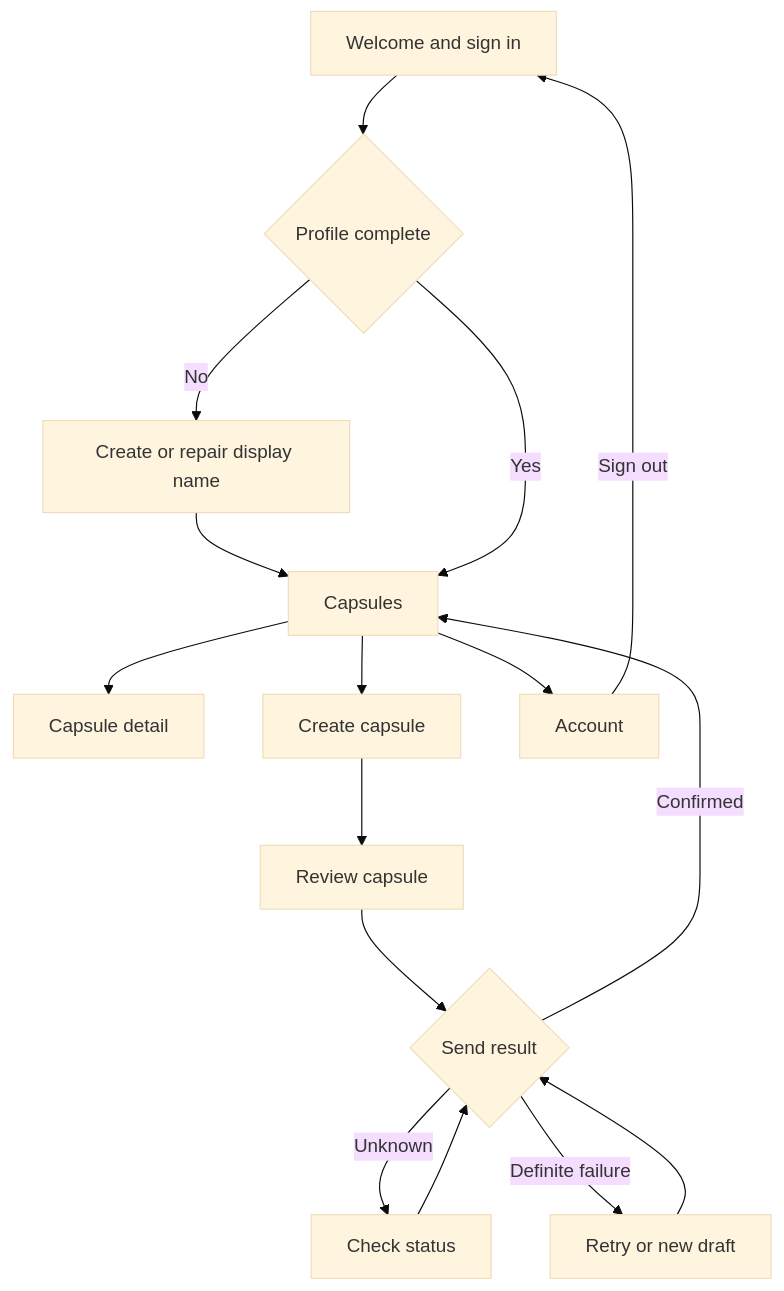
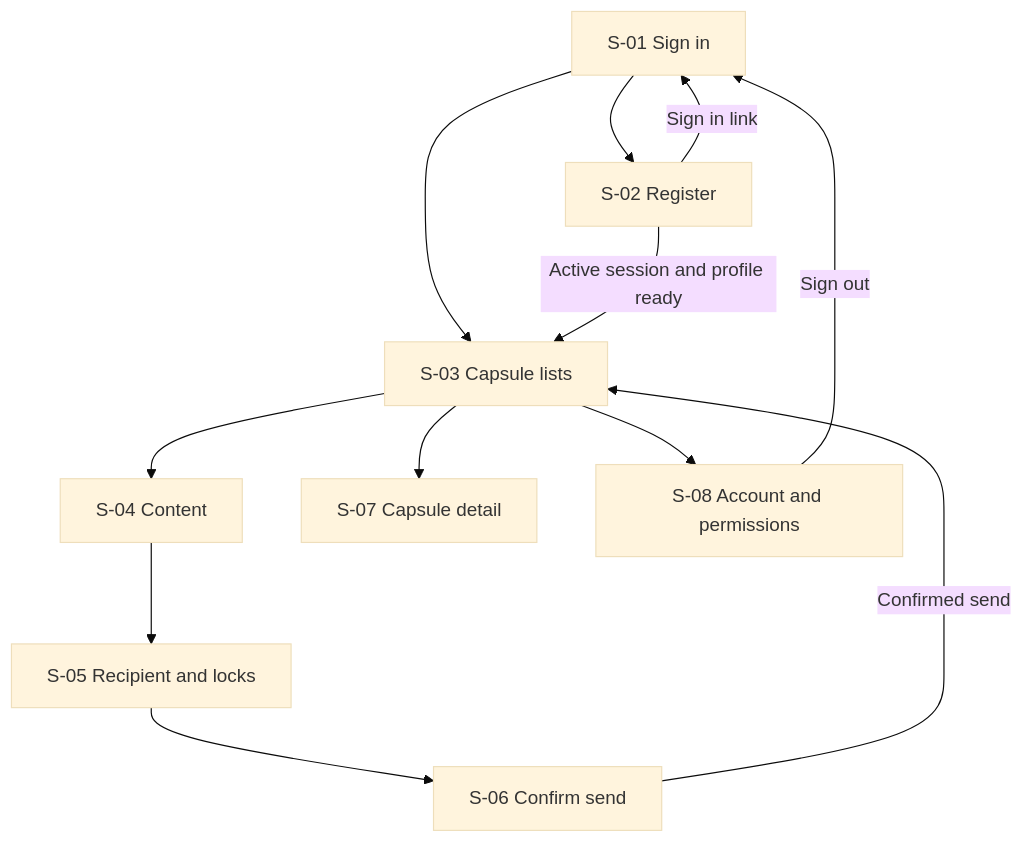
The diagram in DESIGN.md (theguardianofthebed/Time-Capsule), drawn with Mermaid (base theme) before and after one commit. The commit also changed other lines of this file and 14 other files, not shown here.

````diff
--- a/DESIGN.md
+++ b/DESIGN.md
@@ -19,18 +34,14 @@
 ```mermaid
 flowchart TD
-    Entry["Welcome and sign in"] --> Profile{"Profile complete"}
-    Profile -->|No| Repair["Create or repair display name"]
-    Repair --> Lists["Capsules"]
-    Profile -->|Yes| Lists
-    Lists --> Detail["Capsule detail"]
-    Lists --> Create["Create capsule"]
-    Lists --> Account["Account"]
-    Create --> Review["Review capsule"]
-    Review --> Result{"Send result"}
-    Result -->|Confirmed| Lists
-    Result -->|Unknown| Check["Check status"]
-    Result -->|Definite failure| Retry["Retry or new draft"]
-    Check --> Result
-    Retry --> Result
-    Account -->|Sign out| Entry
+    SignIn["S-01 Sign in"] --> Register["S-02 Register"]
+    Register -->|Sign in link| SignIn
+    SignIn --> Lists["S-03 Capsule lists"]
+    Register -->|Active session and profile ready| Lists
+    Lists --> Content["S-04 Content"]
+    Content --> Conditions["S-05 Recipient and locks"]
+    Conditions --> Confirm["S-06 Confirm send"]
+    Confirm -->|Confirmed send| Lists
+    Lists --> Detail["S-07 Capsule detail"]
+    Lists --> Account["S-08 Account and permissions"]
+    Account -->|Sign out| SignIn
 ```
````
